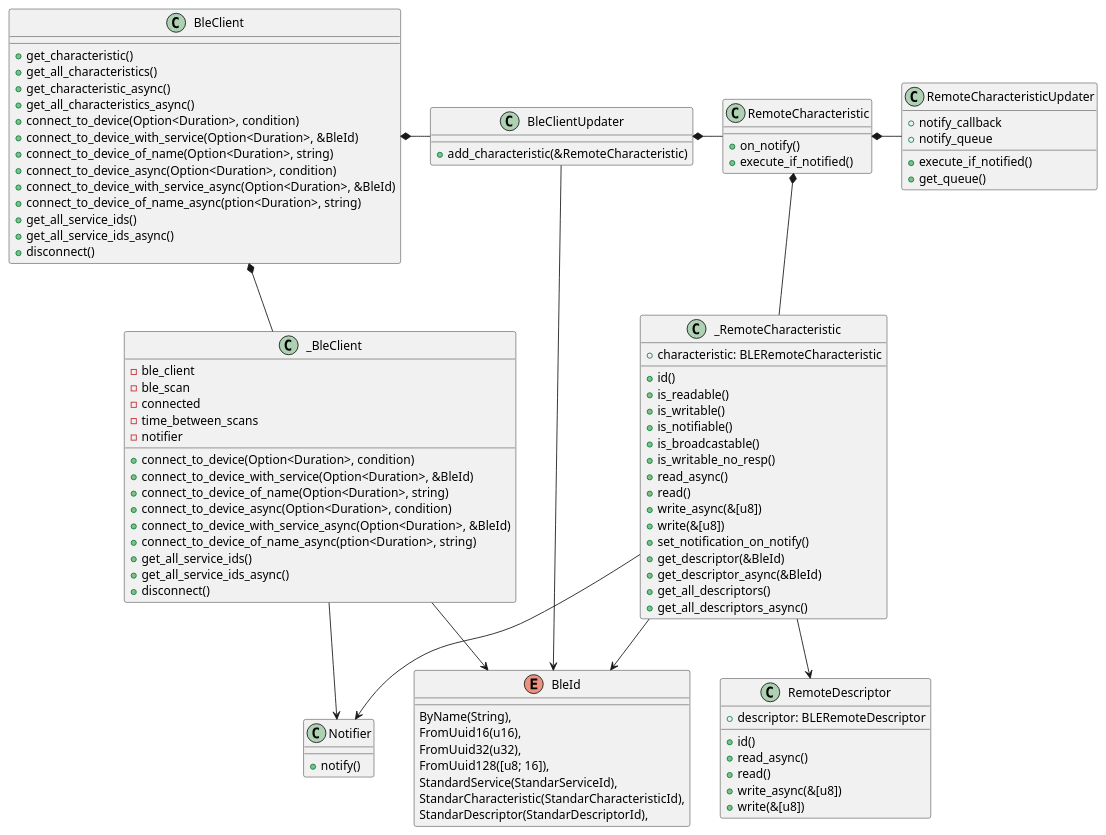
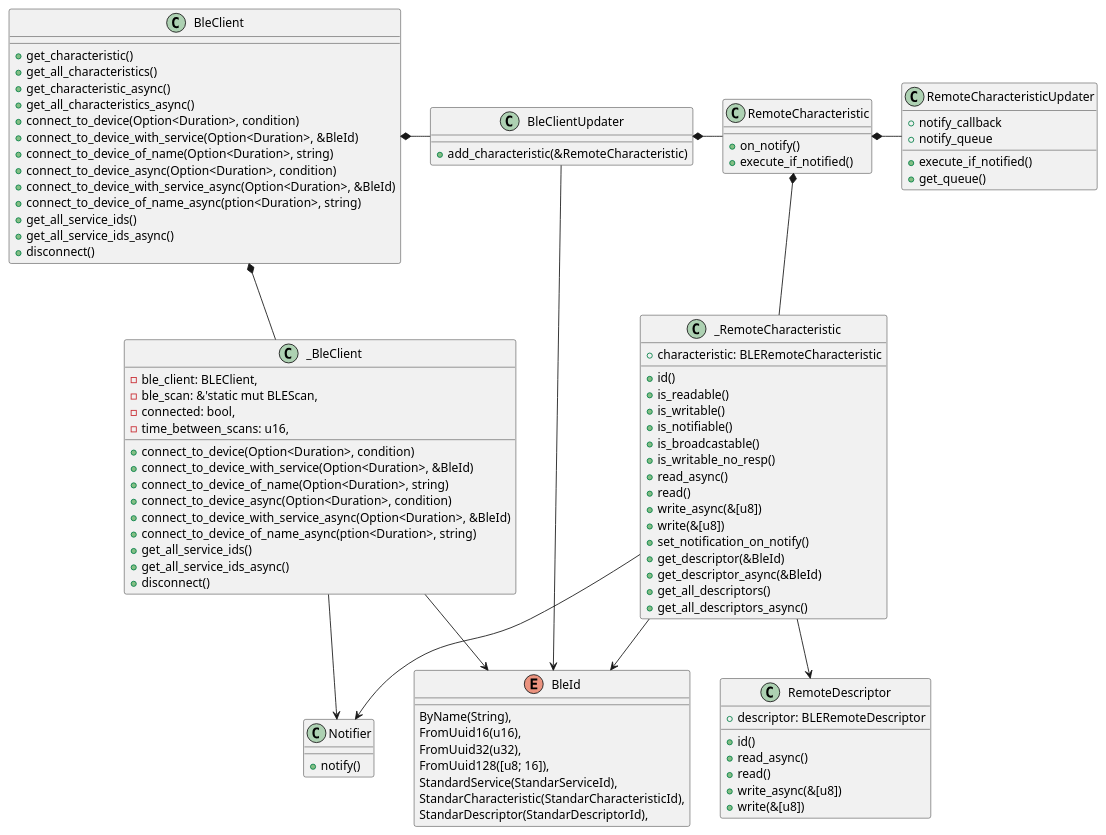
One commit to esp32framework/esp32framework changed the diagram in diagrams/ble-client.puml. Above: the diagram before and after it, drawn with PlantUML. The commit also changed 8 other files, not shown here.

```diff
--- a/diagrams/ble-client.puml
+++ b/diagrams/ble-client.puml
@@ -1,105 +1,104 @@
 @startuml Ble client
 
 class BleClient {
     + get_characteristic()
     + get_all_characteristics()
     + get_characteristic_async()
     + get_all_characteristics_async()
     + connect_to_device(Option<Duration>, condition)
     + connect_to_device_with_service(Option<Duration>, &BleId)
     + connect_to_device_of_name(Option<Duration>, string)
     + connect_to_device_async(Option<Duration>, condition)
     + connect_to_device_with_service_async(Option<Duration>, &BleId)
     + connect_to_device_of_name_async(ption<Duration>, string)
     + get_all_service_ids()
     + get_all_service_ids_async()
     + disconnect()
 }
 
 class _BleClient{
-    - ble_client
-    - ble_scan
-    - connected
-    - time_between_scans
-    - notifier
+    - ble_client: BLEClient,
+    - ble_scan: &'static mut BLEScan,
+    - connected: bool,
+    - time_between_scans: u16,
     + connect_to_device(Option<Duration>, condition)
     + connect_to_device_with_service(Option<Duration>, &BleId)
     + connect_to_device_of_name(Option<Duration>, string)
     + connect_to_device_async(Option<Duration>, condition)
     + connect_to_device_with_service_async(Option<Duration>, &BleId)
     + connect_to_device_of_name_async(ption<Duration>, string)
     + get_all_service_ids()
     + get_all_service_ids_async()
     + disconnect()
 }
 
 class BleClientUpdater{
     + add_characteristic(&RemoteCharacteristic)
     
 }
 
 class RemoteCharacteristic{
     + on_notify()
     + execute_if_notified()
 }
 
 class _RemoteCharacteristic{
     + characteristic: BLERemoteCharacteristic
     + id()
     + is_readable()
     + is_writable()
     + is_notifiable()
     + is_broadcastable()
     + is_writable_no_resp()
     + read_async()
     + read()
     + write_async(&[u8])
     + write(&[u8])
     + set_notification_on_notify()
     + get_descriptor(&BleId)
     + get_descriptor_async(&BleId)
     + get_all_descriptors()
     + get_all_descriptors_async()
 }
 
 class Notifier{
     + notify()
 }
 class RemoteCharacteristicUpdater{
     + notify_callback
     + notify_queue
     + execute_if_notified()
     + get_queue()
 }
 
 class RemoteDescriptor{
     + descriptor: BLERemoteDescriptor
     + id()
     + read_async()
     + read()
     + write_async(&[u8])
     + write(&[u8])
 }
 
 enum BleId {
     ByName(String),
     FromUuid16(u16),
     FromUuid32(u32),
     FromUuid128([u8; 16]),
     StandardService(StandarServiceId),
     StandarCharacteristic(StandarCharacteristicId),
     StandarDescriptor(StandarDescriptorId),
 }
 
 BleClient *-- _BleClient 
 BleClient *- BleClientUpdater
 BleClientUpdater *- RemoteCharacteristic
 BleClientUpdater -> BleId 
 RemoteCharacteristic *- RemoteCharacteristicUpdater
 RemoteCharacteristic *-- _RemoteCharacteristic
 _RemoteCharacteristic -down-> Notifier
 _RemoteCharacteristic -down-> RemoteDescriptor
 _RemoteCharacteristic --> BleId
 _BleClient --> Notifier
 _BleClient --> BleId
 @enduml
```
